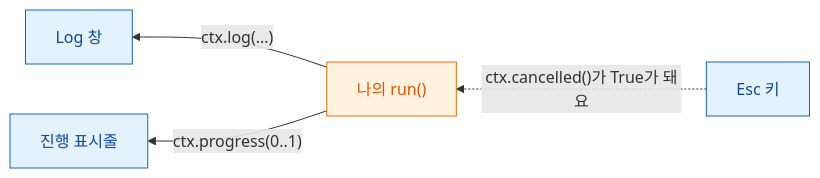
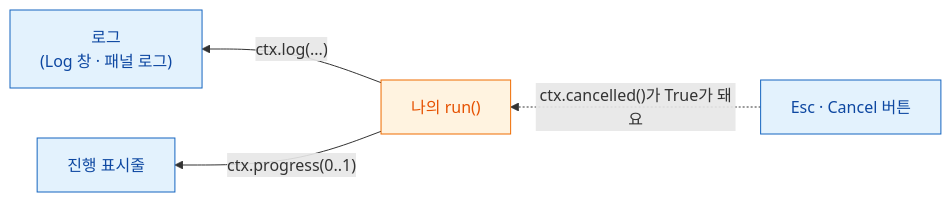
Before and after one commit to Oxford-Zeiss-Centre-of-Excellence/Wavu: the diagram in guide/write/logs-progress-cancel.ko.md, drawn with Mermaid. The commit also changed other lines of this file and 70 other files, not shown here.

````diff
--- a/guide/write/logs-progress-cancel.ko.md
+++ b/guide/write/logs-progress-cancel.ko.md
@@ -15,13 +24,13 @@
 ```mermaid
 flowchart RL
     S["나의 run()"]:::script
-    L["Log 창"]:::fiji
+    L["로그<br/>(Log 창 · 패널 로그)"]:::fiji
     P["진행 표시줄"]:::fiji
-    E["Esc 키"]:::fiji
+    E["Esc · Cancel 버튼"]:::fiji
     S -- "ctx.log(...)" --> L
     S -- "ctx.progress(0..1)" --> P
     E -. "ctx.cancelled()가 True가 돼요" .-> S
 
     classDef fiji   fill:#e3f2fd,stroke:#1565c0,color:#0d47a1
     classDef script fill:#fff3e0,stroke:#ef6c00,color:#e65100
 ```
````
